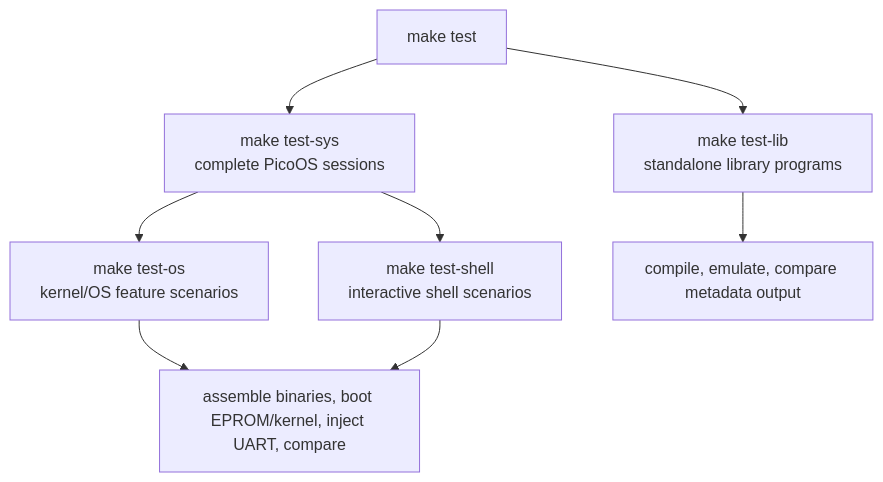
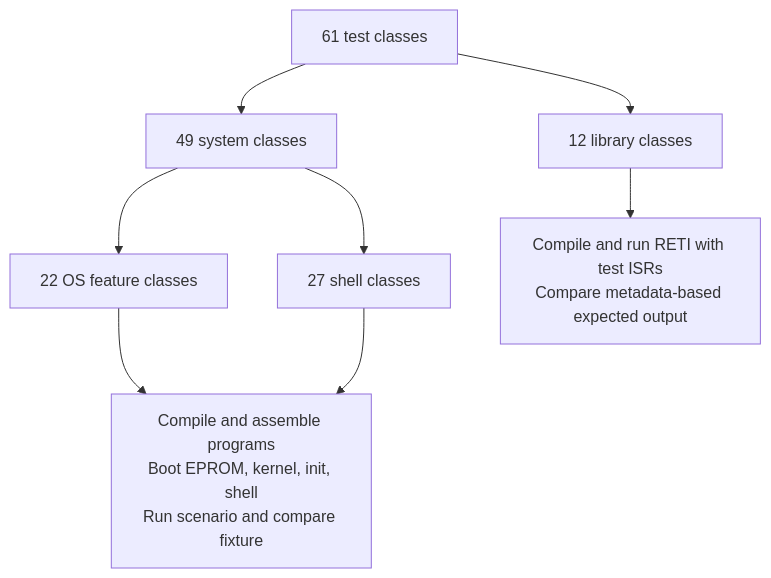
Diagram 29 of 30 in README.md (matthejue/Pico-OS), drawn with Mermaid before and after one commit. The commit also changed other lines of this file, not shown here.

Commit message:
updated README with clearer explanations, diagrams, and source links

````diff
--- a/README.md
+++ b/README.md
@@ -3812,10 +4424,10 @@
 ```mermaid
 flowchart TD
-    T["make test"] --> L["make test-lib<br/>standalone library programs"]
-    T --> S["make test-sys<br/>complete PicoOS sessions"]
-    S --> O["make test-os<br/>kernel/OS feature scenarios"]
-    S --> H["make test-shell<br/>interactive shell scenarios"]
-    L --> LC["compile, emulate, compare metadata output"]
-    O --> K["assemble binaries, boot EPROM/kernel, inject UART, compare"]
+    T["61 test classes"] --> L["12 library classes"]
+    T --> S["49 system classes"]
+    S --> O["22 OS feature classes"]
+    S --> H["27 shell classes"]
+    L --> LC["Compile and run RETI with test ISRs<br/>Compare metadata-based expected output"]
+    O --> K["Compile and assemble programs<br/>Boot EPROM, kernel, init, shell<br/>Run scenario and compare fixture"]
     H --> K
 ```
````
